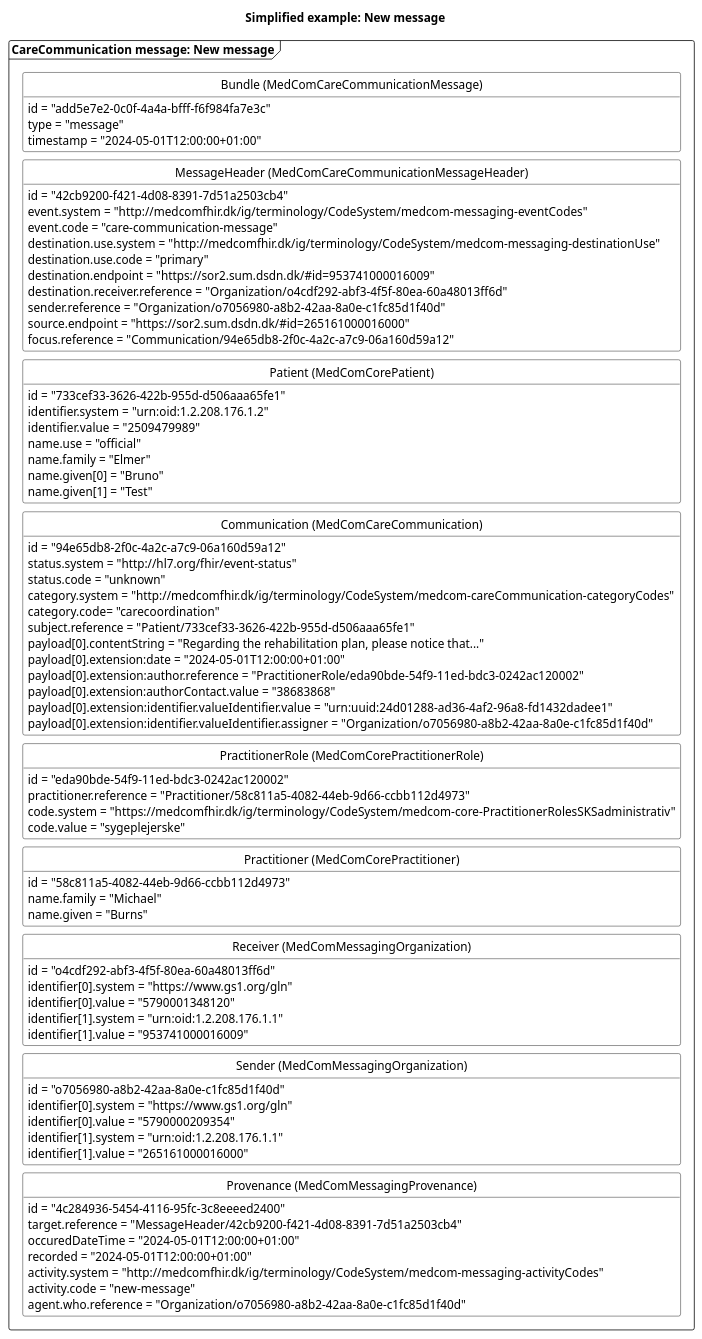
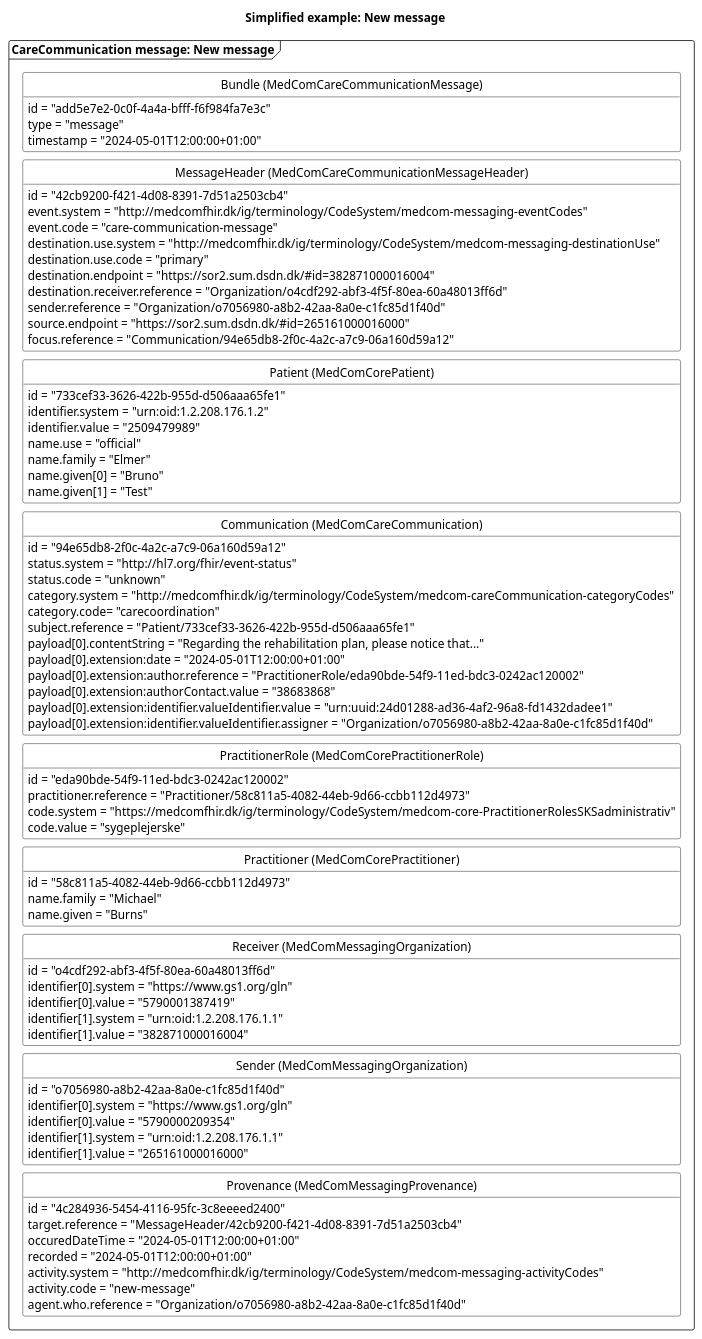
One commit to medcomdk/dk-medcom-carecommunication changed the diagram in puml/CareCommunicationNewMessage.puml. Above: the diagram before and after it, drawn with PlantUML. The commit also changed 29 other files, not shown here.

Commit message:
updated: R-A, R-B, R-C, R-E, R-H, S-A og S-E med nyt SOR som ikke er lukket

```diff
--- a/puml/CareCommunicationNewMessage.puml
+++ b/puml/CareCommunicationNewMessage.puml
@@ -1,105 +1,105 @@
 @startuml CCNewMessage
 
 'layout
 skinparam class {
     BackgroundColor White
     BorderColor Black
     ArrowColor Black
   }
 hide circle
 hide empty members
 skinparam SameClassWidth true
 skinparam Ranksep 10
 
 
 'title
 title Simplified example: New message
 
 'Message 1: New message
 package "CareCommunication message: New message" as new <<Frame>>{
     class "Bundle (MedComCareCommunicationMessage)" as newB {
         id = "add5e7e2-0c0f-4a4a-bfff-f6f984fa7e3c"
         type = "message"
         timestamp = "2024-05-01T12:00:00+01:00"
     }
     class "MessageHeader (MedComCareCommunicationMessageHeader)" as newMH{
         id = "42cb9200-f421-4d08-8391-7d51a2503cb4"
         event.system = "http://medcomfhir.dk/ig/terminology/CodeSystem/medcom-messaging-eventCodes"
         event.code = "care-communication-message"
         destination.use.system = "http://medcomfhir.dk/ig/terminology/CodeSystem/medcom-messaging-destinationUse"
         destination.use.code = "primary"
-        destination.endpoint = "https://sor2.sum.dsdn.dk/#id=953741000016009"
+        destination.endpoint = "https://sor2.sum.dsdn.dk/#id=382871000016004"
         destination.receiver.reference = "Organization/o4cdf292-abf3-4f5f-80ea-60a48013ff6d"
         sender.reference = "Organization/o7056980-a8b2-42aa-8a0e-c1fc85d1f40d"
         source.endpoint = "https://sor2.sum.dsdn.dk/#id=265161000016000"
         focus.reference = "Communication/94e65db8-2f0c-4a2c-a7c9-06a160d59a12"
     }
     class "Patient (MedComCorePatient)" as newPT{
         id = "733cef33-3626-422b-955d-d506aaa65fe1"
         identifier.system = "urn:oid:1.2.208.176.1.2"
         identifier.value = "2509479989"
         name.use = "official"
         name.family = "Elmer"
         name.given[0] = "Bruno"
         name.given[1] = "Test"
     }
     class "Communication (MedComCareCommunication)" as newCom{
         id = "94e65db8-2f0c-4a2c-a7c9-06a160d59a12"
         status.system = "http://hl7.org/fhir/event-status" 
         status.code = "unknown"
         category.system = "http://medcomfhir.dk/ig/terminology/CodeSystem/medcom-careCommunication-categoryCodes"
         category.code= "carecoordination"
         subject.reference = "Patient/733cef33-3626-422b-955d-d506aaa65fe1"
         payload[0].contentString = "Regarding the rehabilitation plan, please notice that..."
         payload[0].extension:date = "2024-05-01T12:00:00+01:00"
         payload[0].extension:author.reference = "PractitionerRole/eda90bde-54f9-11ed-bdc3-0242ac120002"
         payload[0].extension:authorContact.value = "38683868"
         payload[0].extension:identifier.valueIdentifier.value = "urn:uuid:24d01288-ad36-4af2-96a8-fd1432dadee1"
         payload[0].extension:identifier.valueIdentifier.assigner = "Organization/o7056980-a8b2-42aa-8a0e-c1fc85d1f40d"
     }
     class "PractitionerRole (MedComCorePractitionerRole)" as newPracR{
         id = "eda90bde-54f9-11ed-bdc3-0242ac120002"
         practitioner.reference = "Practitioner/58c811a5-4082-44eb-9d66-ccbb112d4973"
         code.system = "https://medcomfhir.dk/ig/terminology/CodeSystem/medcom-core-PractitionerRolesSKSadministrativ"
         code.value = "sygeplejerske"
     }
     class "Practitioner (MedComCorePractitioner)" as newPrac{
         id = "58c811a5-4082-44eb-9d66-ccbb112d4973"
         name.family = "Michael"
         name.given = "Burns"
     }
     class "Receiver (MedComMessagingOrganization)" as newROrg{
         id = "o4cdf292-abf3-4f5f-80ea-60a48013ff6d"
         identifier[0].system = "https://www.gs1.org/gln"
-        identifier[0].value = "5790001348120"
+        identifier[0].value = "5790001387419"
         identifier[1].system = "urn:oid:1.2.208.176.1.1"
-        identifier[1].value = "953741000016009"
+        identifier[1].value = "382871000016004"
     }
     class "Sender (MedComMessagingOrganization)" as newSOrg{
         id = "o7056980-a8b2-42aa-8a0e-c1fc85d1f40d"
         identifier[0].system = "https://www.gs1.org/gln"
         identifier[0].value = "5790000209354"
         identifier[1].system = "urn:oid:1.2.208.176.1.1"
         identifier[1].value = "265161000016000"
     }
     class "Provenance (MedComMessagingProvenance)" as newPRO{
         id = "4c284936-5454-4116-95fc-3c8eeeed2400"
         target.reference = "MessageHeader/42cb9200-f421-4d08-8391-7d51a2503cb4"
         occuredDateTime = "2024-05-01T12:00:00+01:00"
         recorded = "2024-05-01T12:00:00+01:00"
         activity.system = "http://medcomfhir.dk/ig/terminology/CodeSystem/medcom-messaging-activityCodes"
         activity.code = "new-message"
         agent.who.reference = "Organization/o7056980-a8b2-42aa-8a0e-c1fc85d1f40d"
     }
 
 newB -[hidden]- newMH
 newMH -[hidden]-newPT
 newPT-[hidden]-newCom
 newCom -[hidden]-newPracR
 newPracR-[hidden]-newPrac
 newPrac-[hidden]-newROrg
 newROrg-[hidden]- newSOrg
 newSOrg-[hidden]-newPRO
 
 
 @enduml
```
